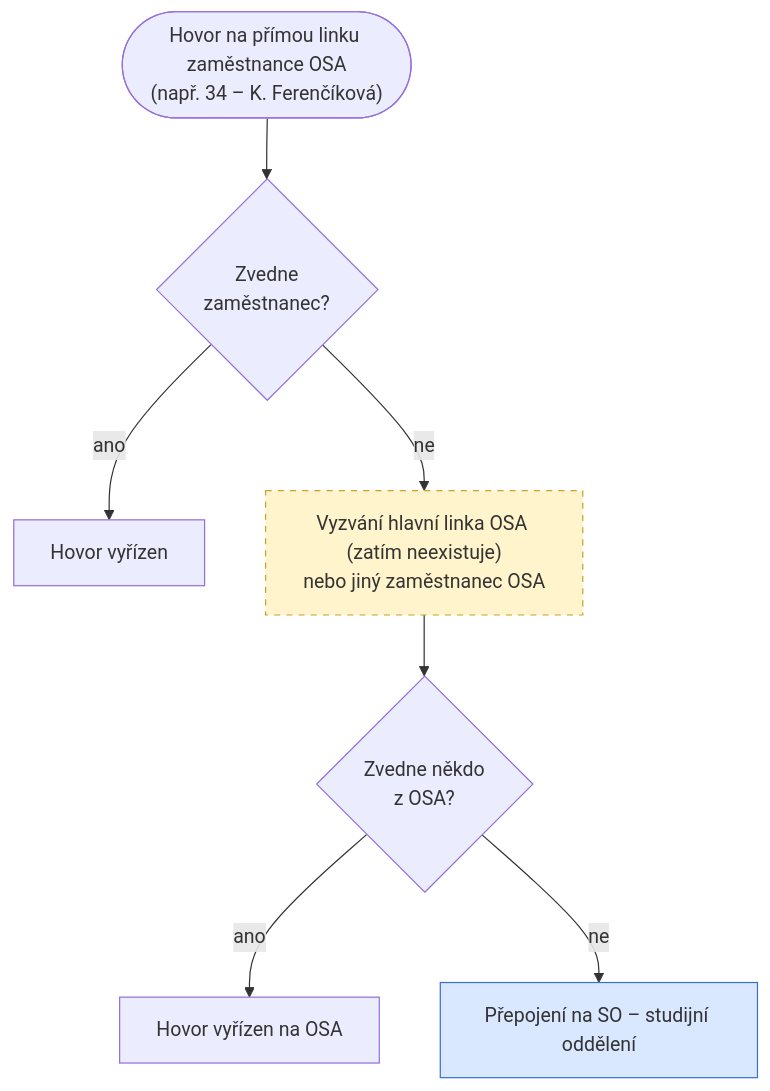
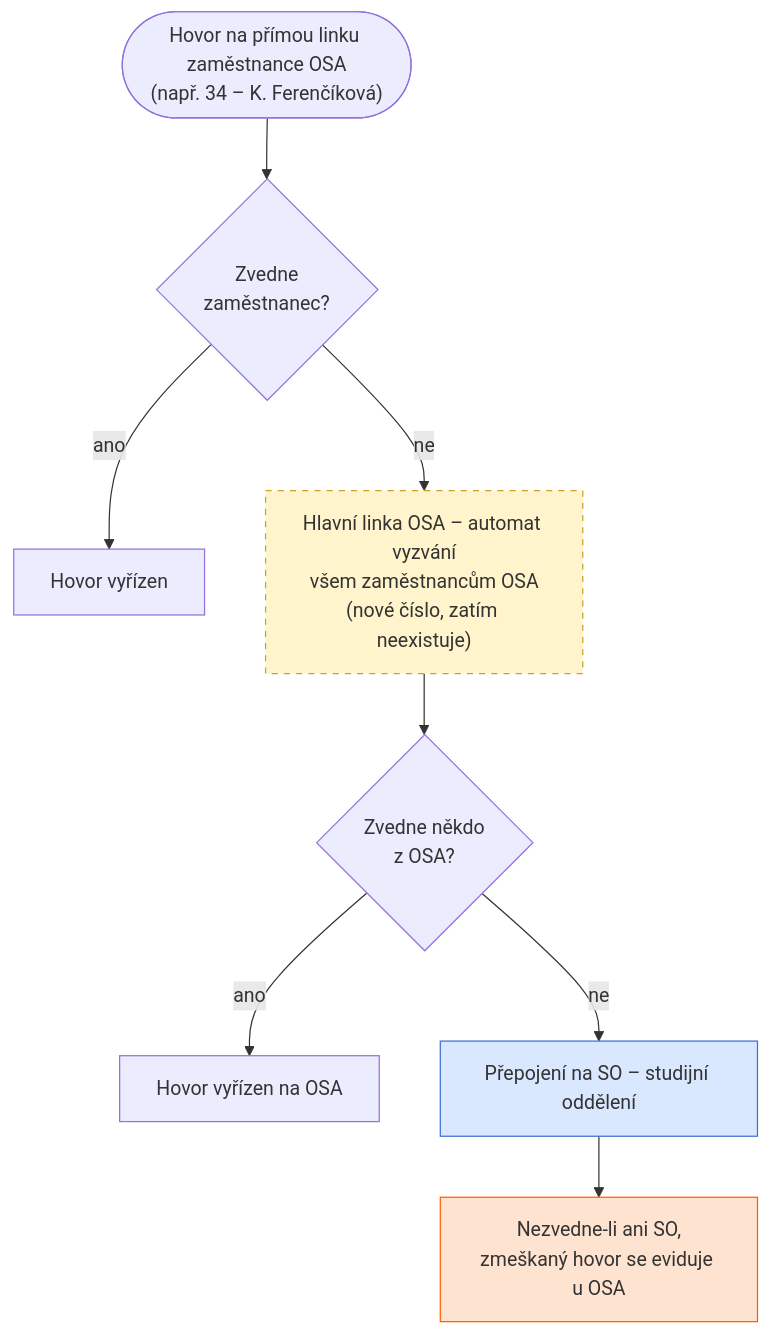
Before and after one commit to HanzCZ/ETKmanualy: the fifth of 5 diagrams in diagramy/smerovani-prichozich-hovoru.md, drawn with Mermaid. The commit also changed other lines of this file, not shown here.

First line of the commit message:
Telefonie: upřesnění eskalace — automat na hlavní lince vyzvání všem

````diff
--- a/diagramy/smerovani-prichozich-hovoru.md
+++ b/diagramy/smerovani-prichozich-hovoru.md
@@ -116,12 +120,14 @@
 ```mermaid
 flowchart TD
     CALL(["Hovor na přímou linku zaměstnance OSA<br>(např. 34 – K. Ferenčíková)"]) --> Q1{Zvedne<br>zaměstnanec?}
     Q1 -- "ano" --> DONE1[Hovor vyřízen]
-    Q1 -- "ne" --> ESC["Vyzvání hlavní linka OSA (zatím neexistuje)<br>nebo jiný zaměstnanec OSA"]
+    Q1 -- "ne" --> ESC["Hlavní linka OSA – automat vyzvání<br>všem zaměstnancům OSA<br>(nové číslo, zatím neexistuje)"]
     ESC --> Q2{Zvedne někdo<br>z OSA?}
     Q2 -- "ano" --> DONE2[Hovor vyřízen na OSA]
     Q2 -- "ne" --> SO["Přepojení na SO – studijní oddělení"]
+    SO --> MISS["Nezvedne-li ani SO,<br>zmeškaný hovor se eviduje u OSA"]
 
     style ESC fill:#fff4cc,stroke:#c9a227,stroke-dasharray: 5 5
     style SO fill:#d9e8ff,stroke:#3b6fd4
+    style MISS fill:#ffe3d1,stroke:#ff5c00
 ```
````
